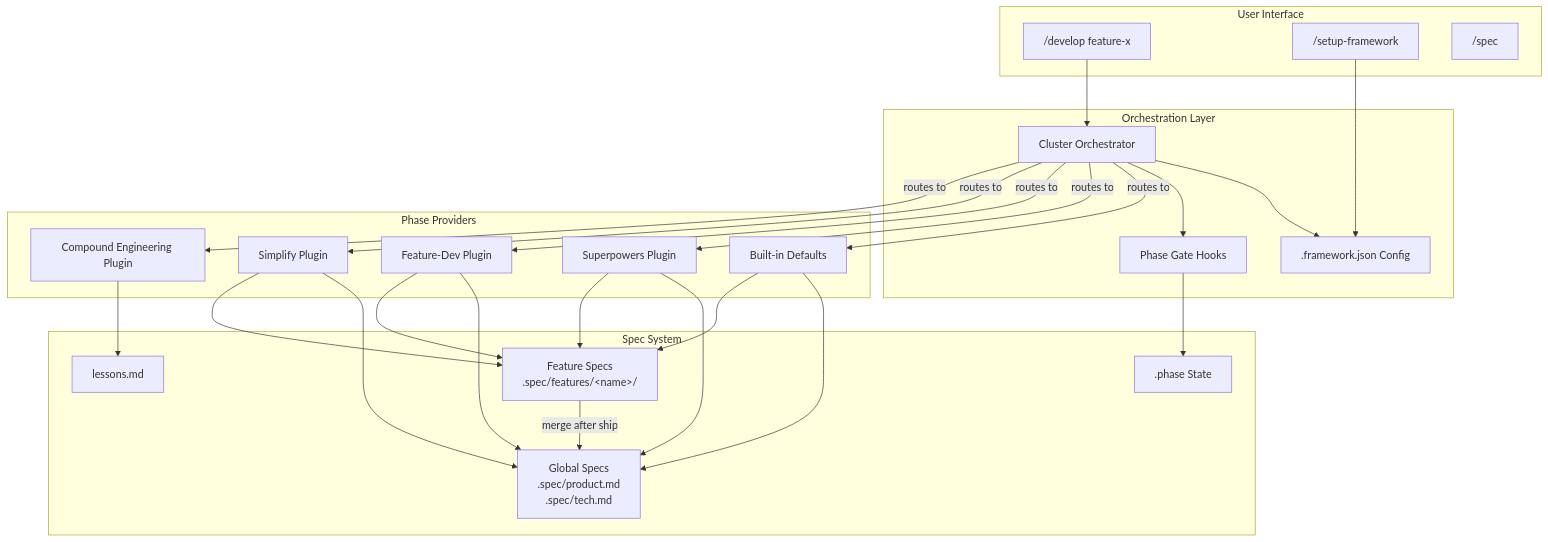
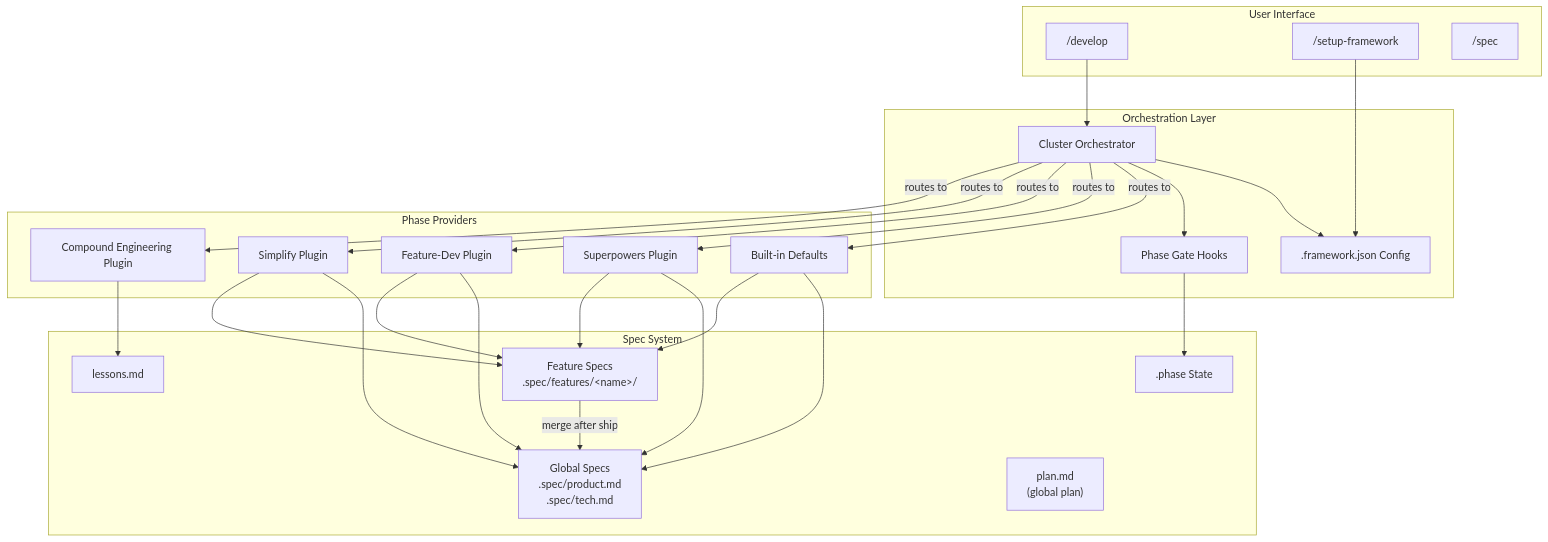
The first of 11 diagrams in .spec/product-design.md (LennardZuendorf/vibe), drawn with Mermaid before and after one commit. The commit also changed other lines of this file and 1 other file, not shown here.

First line of the commit message:
update: Design Cluster as project bootstrap, Implementation Cluster per-feature

````diff
--- a/.spec/product-design.md
+++ b/.spec/product-design.md
@@ -19,46 +19,47 @@
 ```mermaid
 graph TB
     subgraph "User Interface"
-        U["/develop feature-x"]
+        U["/develop"]
         S["/setup-framework"]
         SP["/spec"]
     end
 
     subgraph "Orchestration Layer"
         O[Cluster Orchestrator]
         C[".framework.json Config"]
         PG[Phase Gate Hooks]
     end
 
     subgraph "Phase Providers"
         BI[Built-in Defaults]
         SP_P[Superpowers Plugin]
         FD_P[Feature-Dev Plugin]
         SI_P[Simplify Plugin]
         CE_P[Compound Engineering Plugin]
     end
 
     subgraph "Spec System"
         GS["Global Specs<br/>.spec/product.md<br/>.spec/tech.md"]
         FS["Feature Specs<br/>.spec/features/&lt;name&gt;/"]
         LESSONS["lessons.md"]
         PHASE[".phase State"]
+        PLAN["plan.md<br/>(global plan)"]
     end
 
     U --> O
     S --> C
     O --> C
     O --> PG
     PG --> PHASE
     O -->|routes to| BI
     O -->|routes to| SP_P
     O -->|routes to| FD_P
     O -->|routes to| SI_P
     O -->|routes to| CE_P
     BI --> GS & FS
     SP_P --> GS & FS
     FD_P --> GS & FS
     SI_P --> GS & FS
     CE_P --> LESSONS
     FS -->|merge after ship| GS
 ```
````
